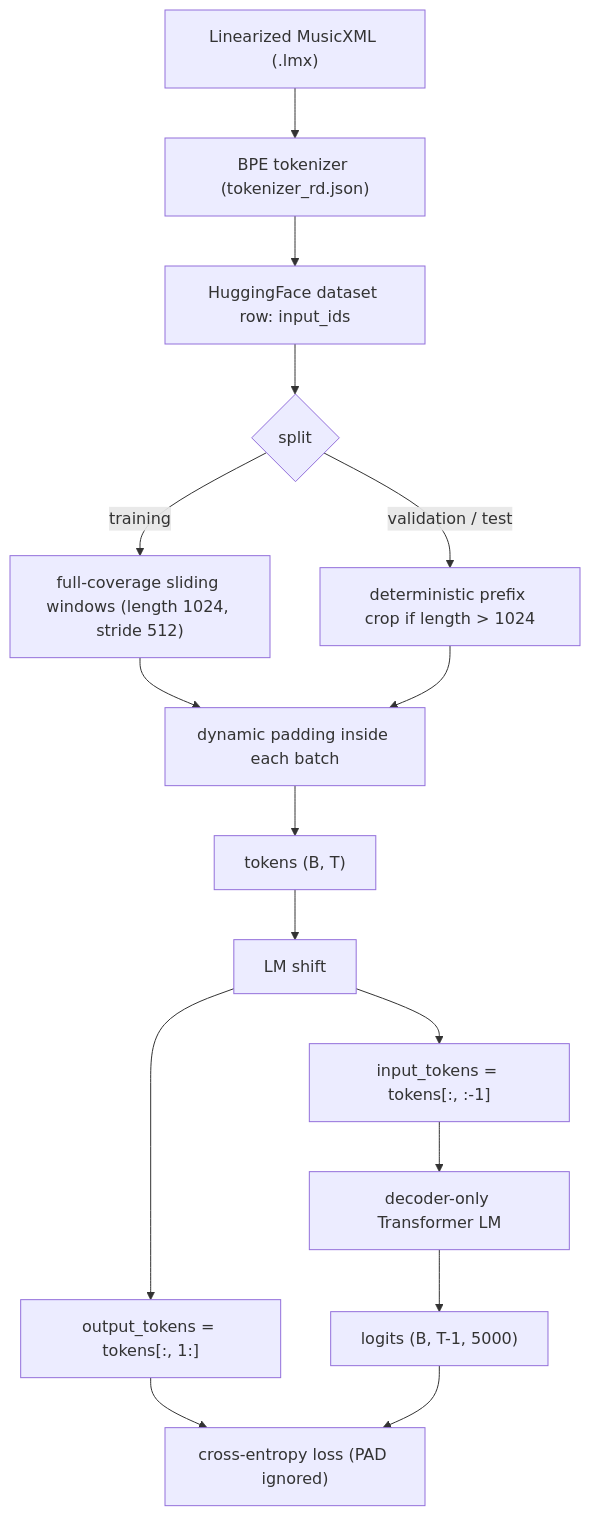
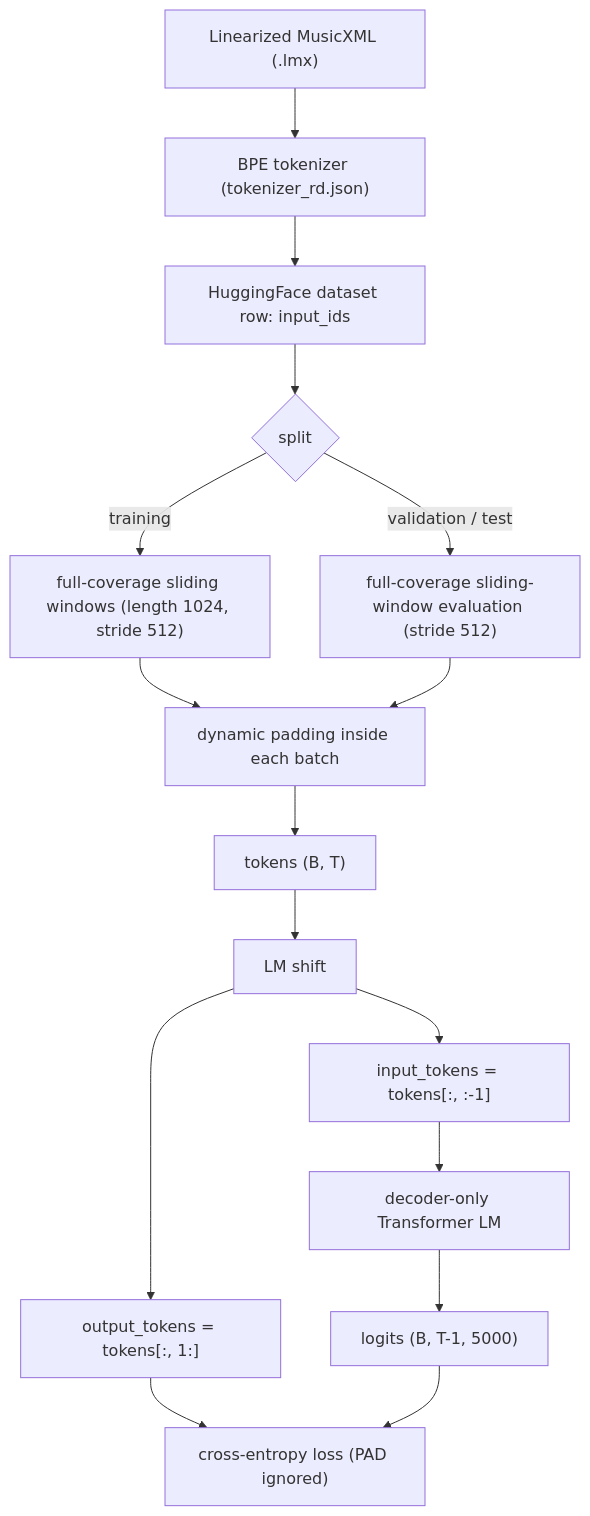
The first of 3 diagrams in docs/decoder_pretrain.md (daniellaah/MIDI2Score), drawn with Mermaid before and after one commit. The commit also changed other lines of this file and 4 other files, not shown here.

Commit message:
Fix full-coverage validation and restore experiment log

````diff
--- a/docs/decoder_pretrain.md
+++ b/docs/decoder_pretrain.md
@@ -67,18 +68,18 @@
 ```mermaid
 flowchart TD
     A["Linearized MusicXML (.lmx)"] --> B["BPE tokenizer (tokenizer_rd.json)"]
     B --> C["HuggingFace dataset row: input_ids"]
     C --> D{"split"}
     D -->|training| E["full-coverage sliding windows (length 1024, stride 512)"]
-    D -->|validation / test| F["deterministic prefix crop if length > 1024"]
+    D -->|validation / test| F["full-coverage sliding-window evaluation (stride 512)"]
     E --> G["dynamic padding inside each batch"]
     F --> G
     G --> H["tokens (B, T)"]
     H --> I["LM shift"]
     I --> J["input_tokens = tokens[:, :-1]"]
     I --> K["output_tokens = tokens[:, 1:]"]
     J --> L["decoder-only Transformer LM"]
     L --> M["logits (B, T-1, 5000)"]
     K --> N["cross-entropy loss (PAD ignored)"]
     M --> N
 ```
````
